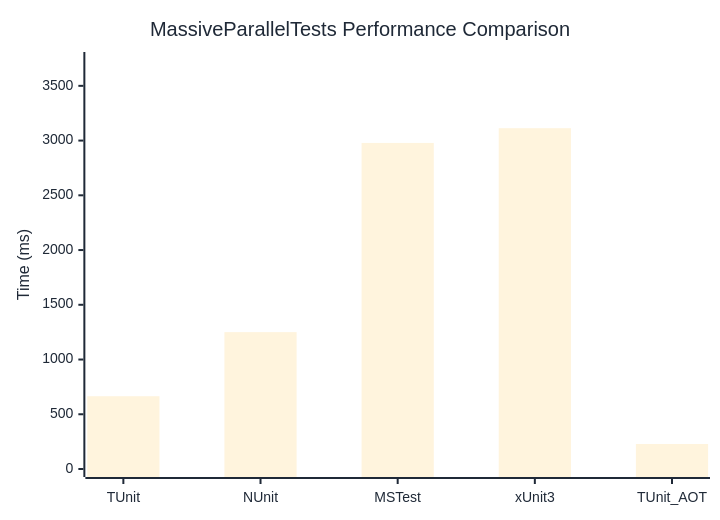
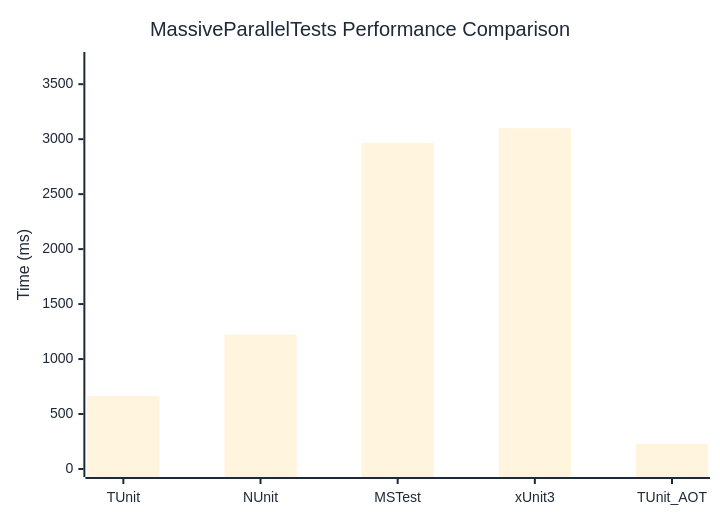
The diagram in docs/docs/benchmarks/MassiveParallelTests.md (thomhurst/TUnit), drawn with Mermaid before and after one commit. The commit also changed other lines of this file and 17 other files, not shown here.

````diff
--- a/docs/docs/benchmarks/MassiveParallelTests.md
+++ b/docs/docs/benchmarks/MassiveParallelTests.md
@@ -27,37 +27,37 @@
 ```mermaid
 %%{init: {
   'theme':'base',
   'themeVariables': {
     'primaryColor': '#2563eb',
     'primaryTextColor': '#1f2937',
     'primaryBorderColor': '#1e40af',
     'lineColor': '#6b7280',
     'secondaryColor': '#7c3aed',
     'tertiaryColor': '#dc2626',
     'background': '#ffffff',
     'mainBkg': '#2563eb',
     'secondBkg': '#7c3aed',
     'tertiaryBkg': '#dc2626',
     'clusterBkg': '#f3f4f6',
     'edgeLabelBackground': '#ffffff',
     'tertiaryTextColor': '#1f2937',
     'pie1': '#2563eb',
     'pie2': '#7c3aed',
     'pie3': '#dc2626',
     'pie4': '#f59e0b',
     'pie5': '#10b981',
     'pie6': '#06b6d4',
     'pie7': '#ec4899',
     'pie8': '#6366f1',
     'pie9': '#84cc16',
     'pie10': '#f97316',
     'pie11': '#14b8a6',
     'pie12': '#a855f7'
   }
 }}%%
 xychart-beta
   title "MassiveParallelTests Performance Comparison"
   x-axis ["TUnit", "NUnit", "MSTest", "xUnit3", "TUnit_AOT"]
-  y-axis "Time (ms)" 0 --> 3736
-  bar [664.9, 1250.3, 2978.5, 3113.2, 228.5]
+  y-axis "Time (ms)" 0 --> 3720
+  bar [664.1, 1223.8, 2964.9, 3099.4, 229]
 ```
````
